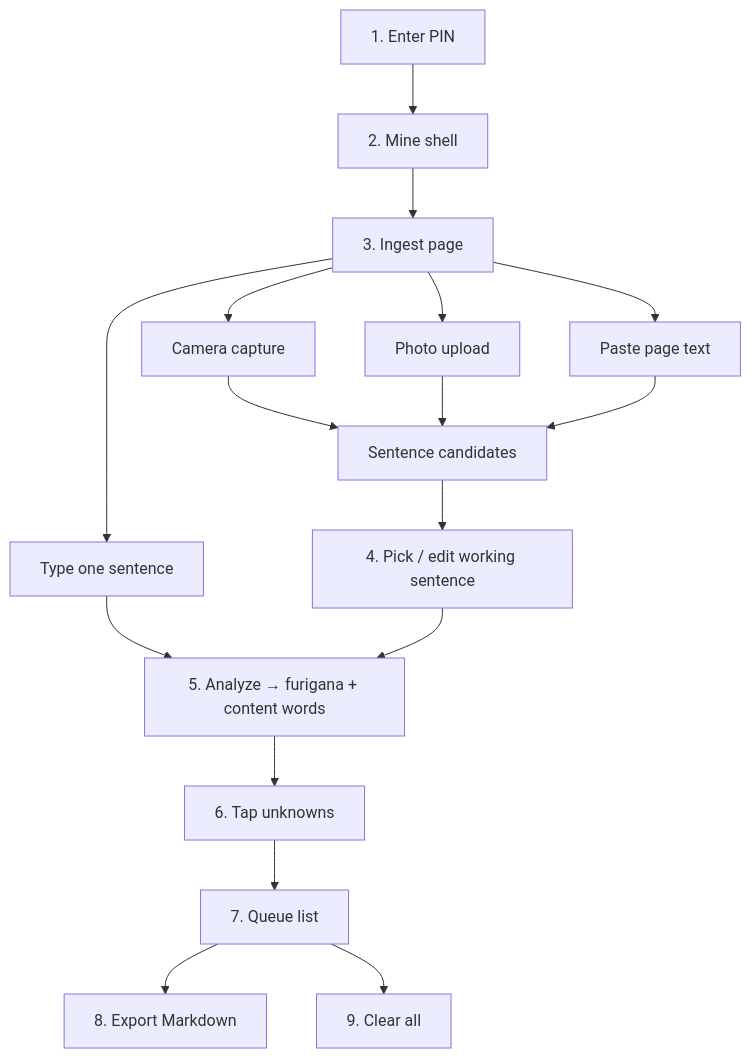
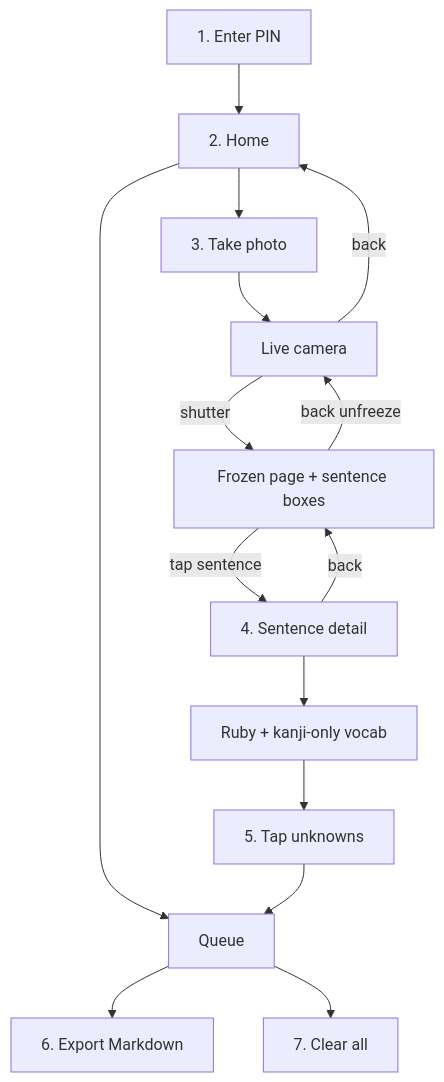
The third of 6 diagrams in README.md (rikiisworking/miner), drawn with Mermaid before and after one commit. The commit also changed other lines of this file and 25 other files, not shown here.

First line of the commit message:
feat: stepped camera UI with sentence regions and kanji-only vocab

````diff
--- a/README.md
+++ b/README.md
@@ -120,19 +122,17 @@
 ```mermaid
 flowchart TD
-  PIN[1. Enter PIN] --> SHELL[2. Mine shell]
-  SHELL --> IN[3. Ingest page]
-  IN --> CAM[Camera capture]
-  IN --> UP[Photo upload]
-  IN --> PASTE[Paste page text]
-  IN --> ONE[Type one sentence]
-  CAM --> CAND[Sentence candidates]
-  UP --> CAND
-  PASTE --> CAND
-  CAND --> PICK[4. Pick / edit working sentence]
-  ONE --> ANALYZE
-  PICK --> ANALYZE[5. Analyze → furigana + content words]
-  ANALYZE --> TAP[6. Tap unknowns]
-  TAP --> Q[7. Queue list]
-  Q --> EX[8. Export Markdown]
-  Q --> CL[9. Clear all]
+  PIN[1. Enter PIN] --> HOME[2. Home]
+  HOME --> CAP[3. Take photo]
+  HOME --> Q[Queue]
+  CAP --> LIVE[Live camera]
+  LIVE -->|shutter| FRZ[Frozen page + sentence boxes]
+  FRZ -->|tap sentence| DET[4. Sentence detail]
+  DET -->|back| FRZ
+  FRZ -->|back unfreeze| LIVE
+  LIVE -->|back| HOME
+  DET --> RUBY[Ruby + kanji-only vocab]
+  RUBY --> TAP[5. Tap unknowns]
+  TAP --> Q
+  Q --> EX[6. Export Markdown]
+  Q --> CL[7. Clear all]
 ```
````
